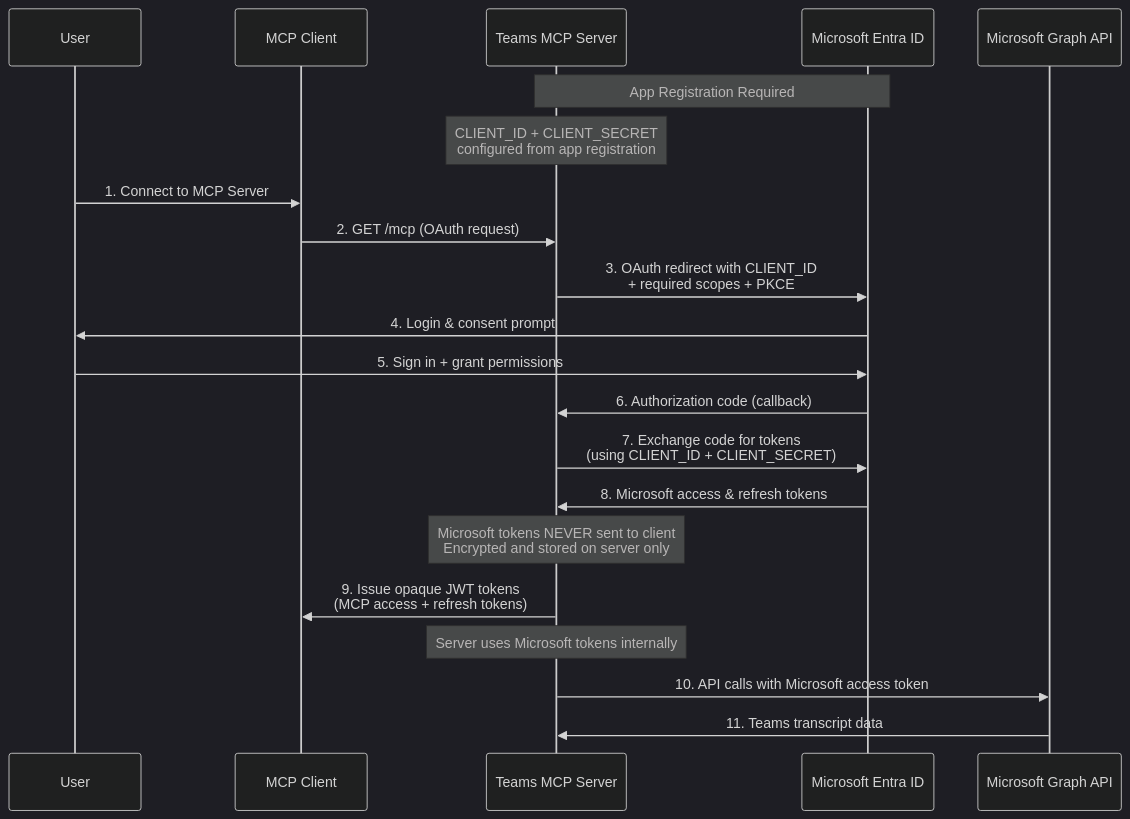
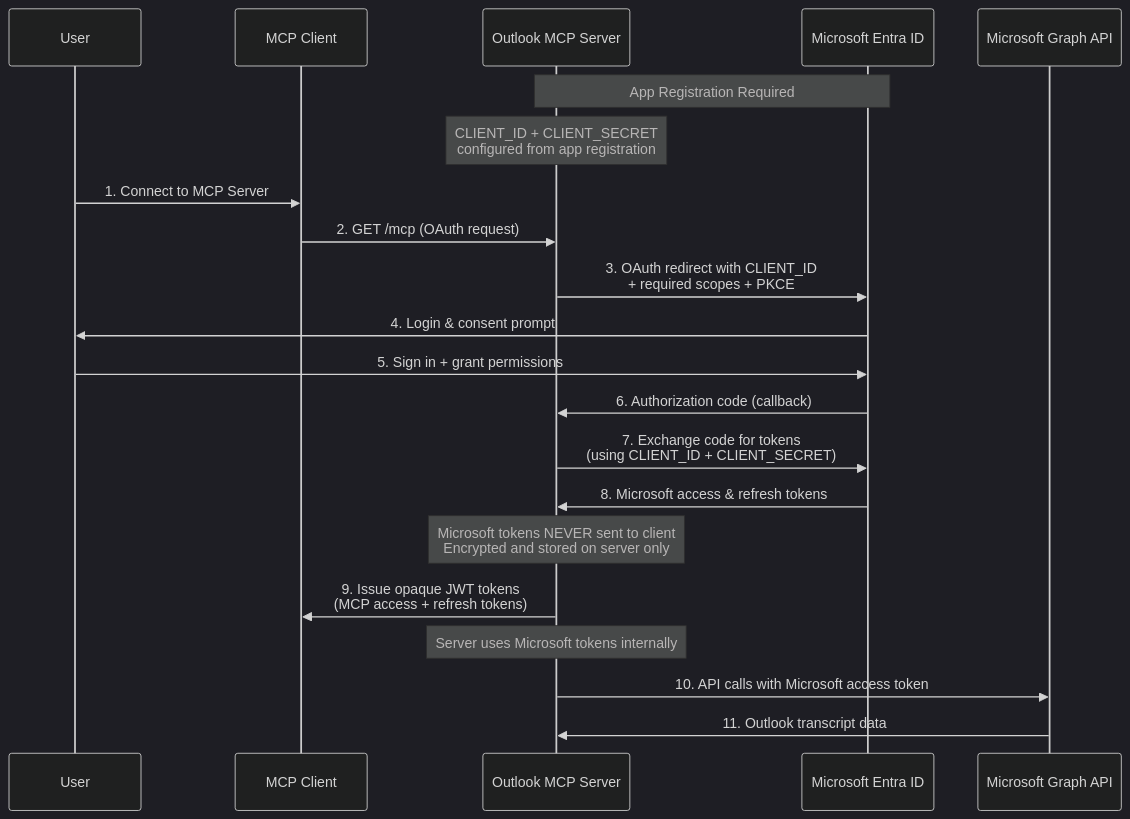
The third of 8 diagrams in services/outlook-fat-mcp/docs/technical/flows.md (Unique-AG/connectors), drawn with Mermaid (dark theme) before and after one commit. The commit also changed other lines of this file and 34 other files, not shown here.

````diff
--- a/services/outlook-fat-mcp/docs/technical/flows.md
+++ b/services/outlook-fat-mcp/docs/technical/flows.md
@@ -91,29 +91,29 @@
 ```mermaid
 sequenceDiagram
     participant User
     participant Client as MCP Client
-    participant TeamsMCP as Teams MCP Server
+    participant TeamsMCP as Outlook MCP Server
     participant EntraID as Microsoft Entra ID
     participant GraphAPI as Microsoft Graph API
 
     Note over TeamsMCP, EntraID: App Registration Required
     Note over TeamsMCP: CLIENT_ID + CLIENT_SECRET<br/>configured from app registration
 
     User->>Client: 1. Connect to MCP Server
     Client->>TeamsMCP: 2. GET /mcp (OAuth request)
     TeamsMCP->>EntraID: 3. OAuth redirect with CLIENT_ID<br/>+ required scopes + PKCE
     EntraID->>User: 4. Login & consent prompt
     User->>EntraID: 5. Sign in + grant permissions
     EntraID->>TeamsMCP: 6. Authorization code (callback)
     TeamsMCP->>EntraID: 7. Exchange code for tokens<br/>(using CLIENT_ID + CLIENT_SECRET)
     EntraID->>TeamsMCP: 8. Microsoft access & refresh tokens
     
     Note over TeamsMCP: Microsoft tokens NEVER sent to client<br/>Encrypted and stored on server only
     
     TeamsMCP->>Client: 9. Issue opaque JWT tokens<br/>(MCP access + refresh tokens)
     
     Note over TeamsMCP: Server uses Microsoft tokens internally
     
     TeamsMCP->>GraphAPI: 10. API calls with Microsoft access token
-    GraphAPI->>TeamsMCP: 11. Teams transcript data
+    GraphAPI->>TeamsMCP: 11. Outlook transcript data
 ```
````
